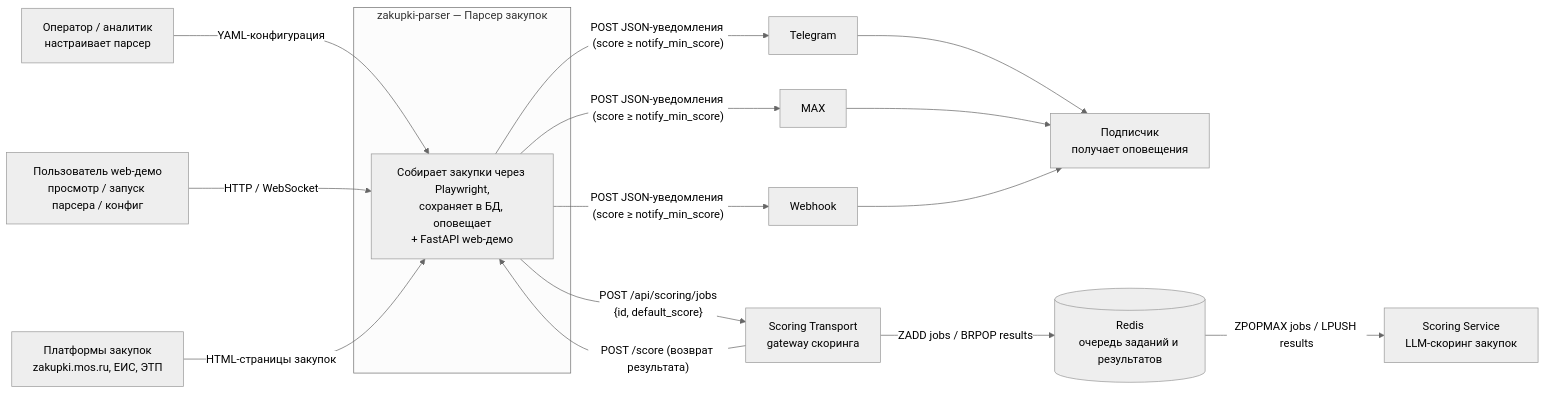
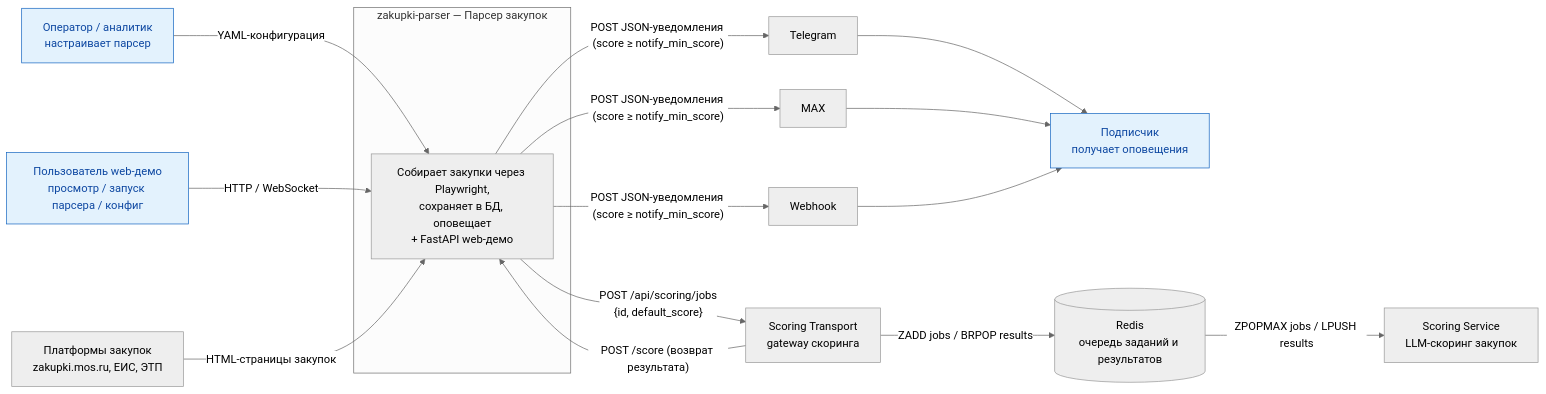
Before and after one commit to igorvolk1961/zakupki_parser: the diagram in docs/c4/context.md, drawn with Mermaid (neutral theme). The commit also changed other lines of this file and 1 other file, not shown here.

Commit message:
docs(c4): выделить акторов стилем на диаграммах
Mermaid flowchart не рисует 'человечков', поэтому акторы (оператор,
подписчики, пользователь web-демо) выделены голубой заливкой/рамкой
(classDef actor), чтобы отличаться от контейнеров; добавлены пояснения.

````diff
--- a/docs/c4/context.md
+++ b/docs/c4/context.md
@@ -5,32 +5,36 @@
 ```mermaid
 flowchart LR
+    classDef actor fill:#e3f2fd,stroke:#1565c0,color:#0d47a1
+
     U["Оператор / аналитик<br/>настраивает парсер"]
     S["Подписчик<br/>получает оповещения"]
     W["Пользователь web-демо<br/>просмотр / запуск парсера / конфиг"]
 
     subgraph System["zakupki-parser — Парсер закупок"]
         P["Собирает закупки через Playwright,<br/>сохраняет в БД, оповещает<br/>+ FastAPI web-демо"]
     end
 
     Z["Платформы закупок<br/>zakupki.mos.ru, ЕИС, ЭТП"]
     TR["Scoring Transport<br/>gateway скоринга"]
     RS[("Redis<br/>очередь заданий и результатов")]
     SG["Scoring Service<br/>LLM-скоринг закупок"]
     TG["Telegram"]
     MX["MAX"]
     WH["Webhook"]
 
     U -->|"YAML-конфигурация"| P
     W -->|"HTTP / WebSocket"| P
     Z -->|"HTML-страницы закупок"| P
     P -->|"POST /api/scoring/jobs<br/>{id, default_score}"| TR
     TR -->|"ZADD jobs / BRPOP results"| RS
     RS -->|"ZPOPMAX jobs / LPUSH results"| SG
     TR -->|"POST /score (возврат результата)"| P
     P -->|"POST JSON-уведомления (score ≥ notify_min_score)"| TG
     P -->|"POST JSON-уведомления (score ≥ notify_min_score)"| MX
     P -->|"POST JSON-уведомления (score ≥ notify_min_score)"| WH
     TG --> S
     MX --> S
     WH --> S
+
+    class U,S,W actor
 ```
````
